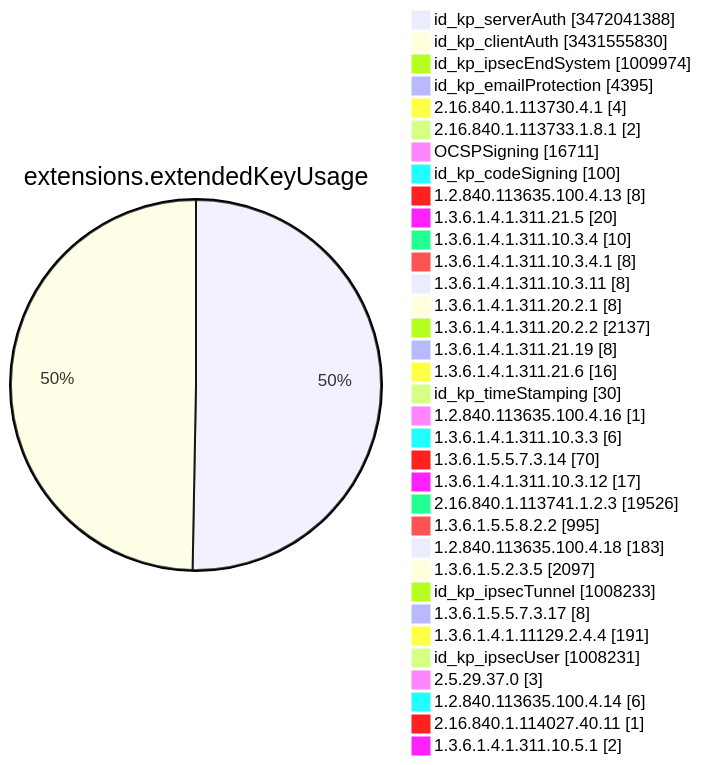
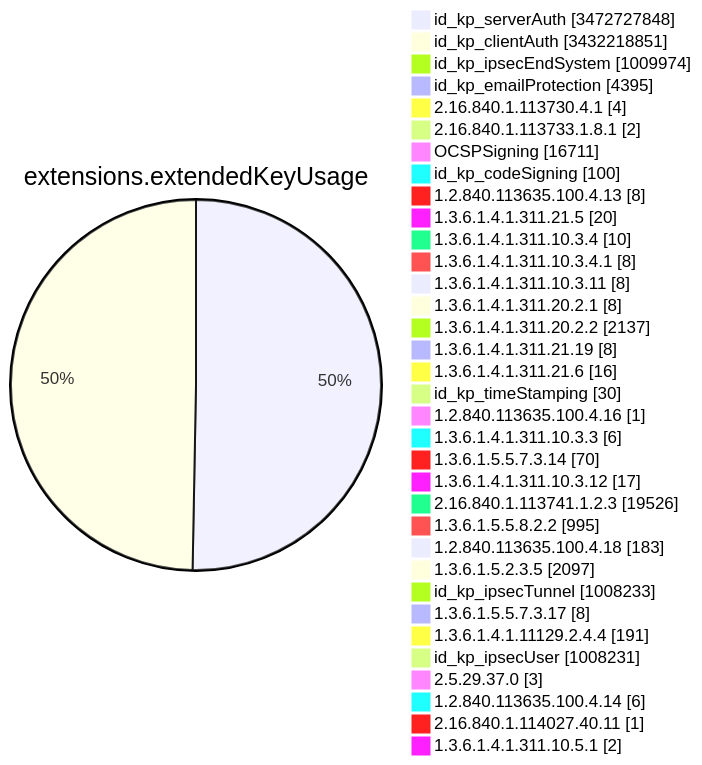
One commit to christiankrug/ctmonitor_visualization changed diagram 11 of 15 in TOTAL/README.md. Above: the diagram before and after it, drawn with Mermaid. The commit also changed other lines of this file, not shown here.

````diff
--- a/TOTAL/README.md
+++ b/TOTAL/README.md
@@ -4123,38 +4123,38 @@
 ```mermaid
 pie showData
 title extensions.extendedKeyUsage
-"id_kp_serverAuth" :3472041388
-"id_kp_clientAuth" :3431555830
+"id_kp_serverAuth" :3472727848
+"id_kp_clientAuth" :3432218851
 "id_kp_ipsecEndSystem" :1009974
 "id_kp_emailProtection" :4395
 "2.16.840.1.113730.4.1" :4
 "2.16.840.1.113733.1.8.1" :2
 "OCSPSigning" :16711
 "id_kp_codeSigning" :100
 "1.2.840.113635.100.4.13" :8
 "1.3.6.1.4.1.311.21.5" :20
 "1.3.6.1.4.1.311.10.3.4" :10
 "1.3.6.1.4.1.311.10.3.4.1" :8
 "1.3.6.1.4.1.311.10.3.11" :8
 "1.3.6.1.4.1.311.20.2.1" :8
 "1.3.6.1.4.1.311.20.2.2" :2137
 "1.3.6.1.4.1.311.21.19" :8
 "1.3.6.1.4.1.311.21.6" :16
 "id_kp_timeStamping" :30
 "1.2.840.113635.100.4.16" :1
 "1.3.6.1.4.1.311.10.3.3" :6
 "1.3.6.1.5.5.7.3.14" :70
 "1.3.6.1.4.1.311.10.3.12" :17
 "2.16.840.1.113741.1.2.3" :19526
 "1.3.6.1.5.5.8.2.2" :995
 "1.2.840.113635.100.4.18" :183
 "1.3.6.1.5.2.3.5" :2097
 "id_kp_ipsecTunnel" :1008233
 "1.3.6.1.5.5.7.3.17" :8
 "1.3.6.1.4.1.11129.2.4.4" :191
 "id_kp_ipsecUser" :1008231
 "2.5.29.37.0" :3
 "1.2.840.113635.100.4.14" :6
 "2.16.840.1.114027.40.11" :1
 "1.3.6.1.4.1.311.10.5.1" :2
 ```
````
